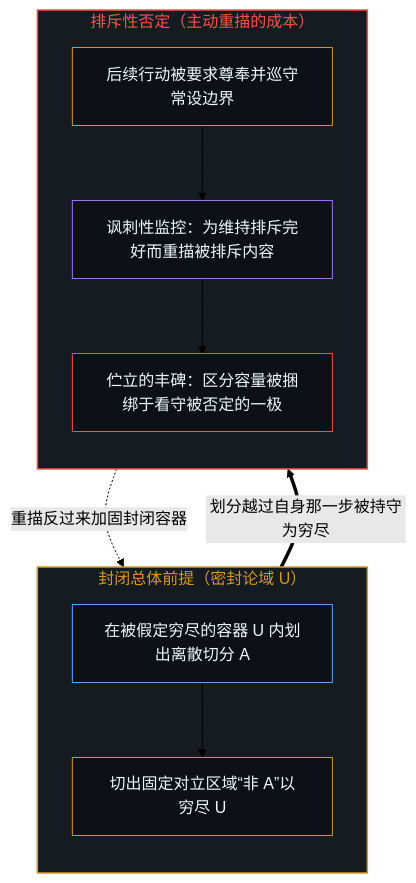
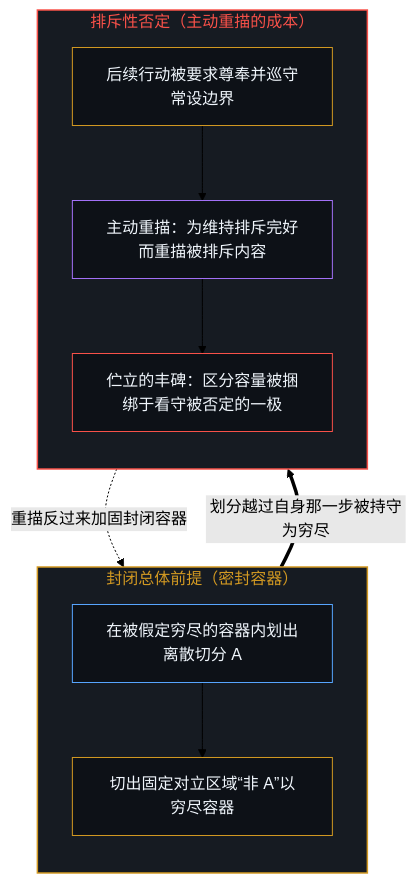
Before and after one commit to powerpig99/not-a-toe: the first of 4 diagrams in content/posts/differentiation-and-the-appearance-of-negation.md, drawn with Mermaid (forest theme). The commit also changed other lines of this file and 24 other files, not shown here.

````diff
--- a/content/posts/differentiation-and-the-appearance-of-negation.md
+++ b/content/posts/differentiation-and-the-appearance-of-negation.md
@@ -43,25 +35,25 @@
 ```mermaid
 flowchart TD
-    subgraph S_Closed["封闭总体前提（密封论域 U）"]
+    subgraph S_Closed["封闭总体前提（密封容器）"]
         direction TB
-        C_Cut["在被假定穷尽的容器 U 内划出离散切分 A"]
-        C_Comp["切出固定对立区域“非 A”以穷尽 U"]
+        C_Cut["在被假定穷尽的容器内划出离散切分 A"]
+        C_Comp["切出固定对立区域“非 A”以穷尽容器"]
         C_Cut --> C_Comp
     end
     subgraph S_Retrace["排斥性否定（主动重描的成本）"]
         direction TB
         R_Honor["后续行动被要求尊奉并巡守常设边界"]
-        R_Loop["讽刺性监控：为维持排斥完好而重描被排斥内容"]
+        R_Loop["主动重描：为维持排斥完好而重描被排斥内容"]
         R_Mon["伫立的丰碑：区分容量被捆绑于看守被否定的一极"]
         R_Honor --> R_Loop --> R_Mon
     end
     C_Comp ==>|"划分越过自身那一步被持守为穷尽"| R_Honor
     R_Mon -.->|"重描反过来加固封闭容器"| C_Cut
     style S_Closed fill:#161b22,stroke:#d29922,stroke-width:1.5px,color:#d29922
     style S_Retrace fill:#161b22,stroke:#f85149,stroke-width:1.5px,color:#f85149
     style C_Cut fill:#0d1117,stroke:#58a6ff,stroke-width:1px,color:#f0f6fc
     style C_Comp fill:#0d1117,stroke:#d29922,stroke-width:1px,color:#f0f6fc
     style R_Honor fill:#0d1117,stroke:#d29922,stroke-width:1px,color:#f0f6fc
     style R_Loop fill:#0d1117,stroke:#a371f7,stroke-width:1px,color:#f0f6fc
     style R_Mon fill:#0d1117,stroke:#f85149,stroke-width:1px,color:#f0f6fc
 ```
````
